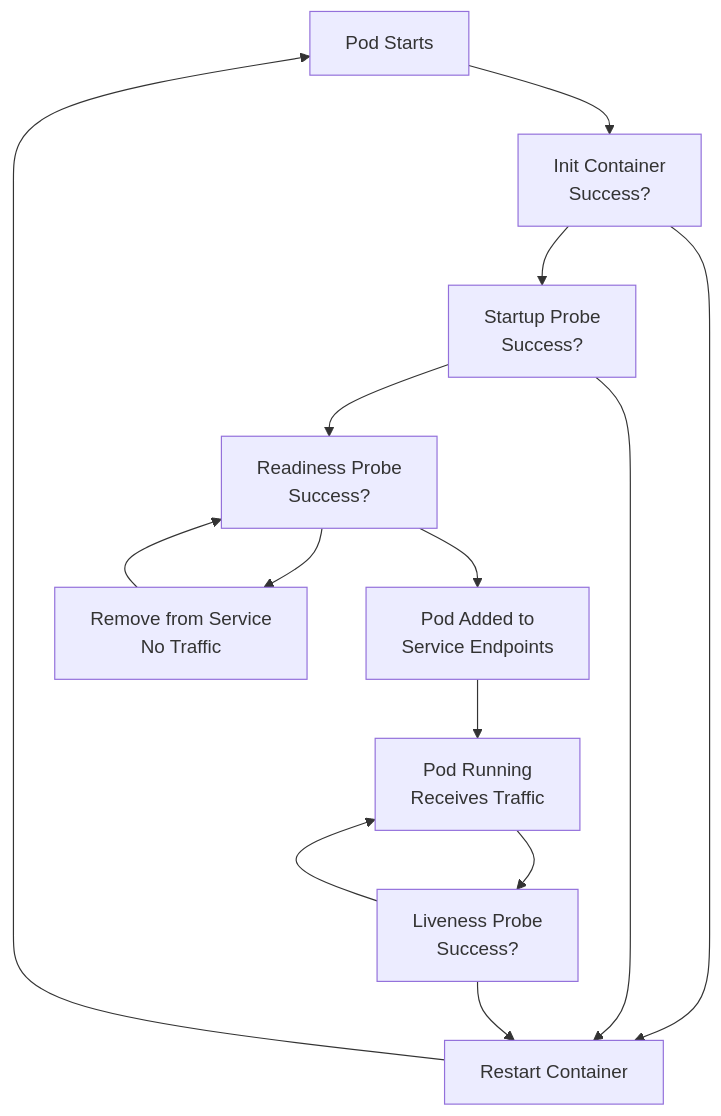
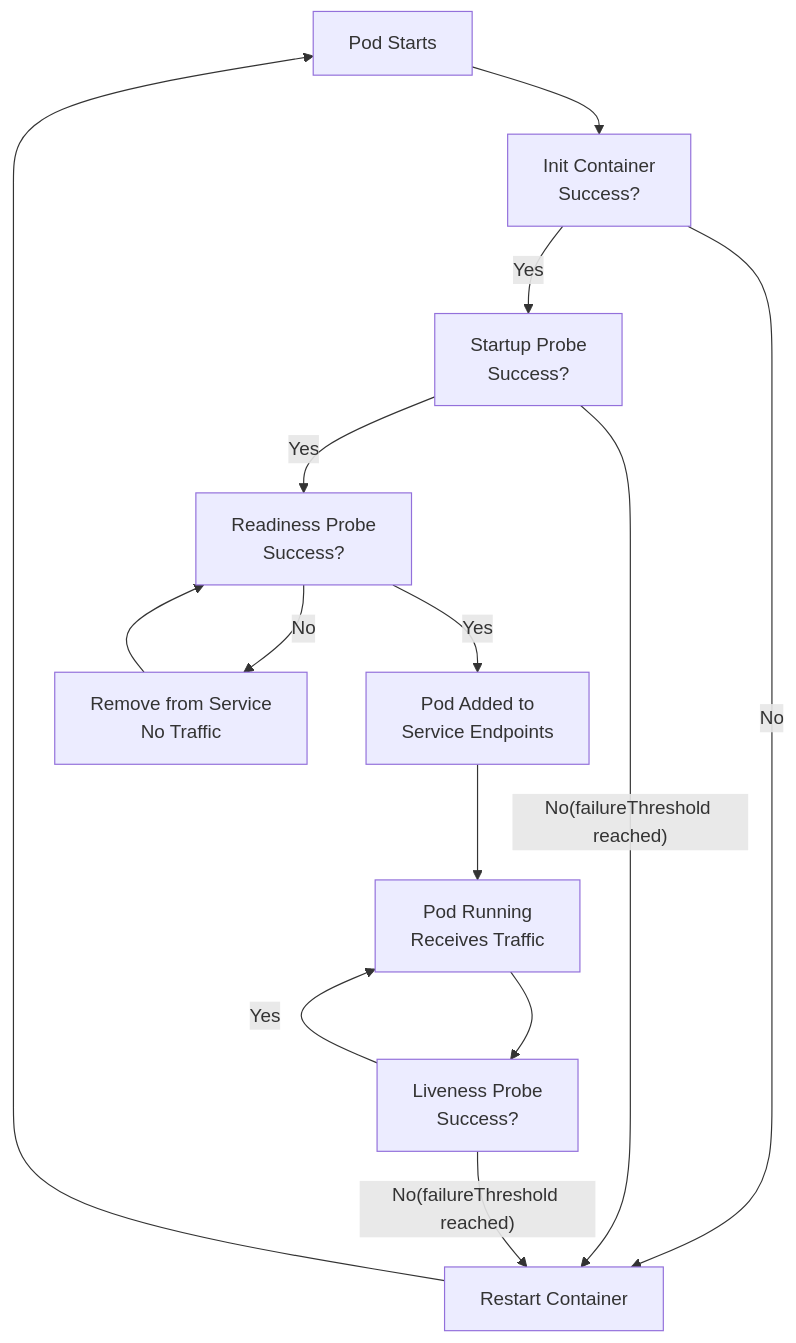
The fourth of 4 diagrams in docs/hyperdxio-helm-charts-docs/Health-Checks-and-Monitoring.md (openchoreo/openchoreo), drawn with Mermaid before and after one commit. The commit also changed other lines of this file and 85 other files, not shown here.

Commit message:
feat: Add new workflow and specification templates, update Helm chart dependencies, and clarify documentation diagrams.

````diff
--- a/docs/hyperdxio-helm-charts-docs/Health-Checks-and-Monitoring.md
+++ b/docs/hyperdxio-helm-charts-docs/Health-Checks-and-Monitoring.md
@@ -618,27 +618,27 @@
 ```mermaid
 flowchart TD
 
 PodStart["Pod Starts"]
 InitCheck["Init Container<br>Success?"]
 StartupCheck["Startup Probe<br>Success?"]
 ReadinessCheck["Readiness Probe<br>Success?"]
 LivenessCheck["Liveness Probe<br>Success?"]
 ServiceRouting["Pod Added to<br>Service Endpoints"]
 PodRunning["Pod Running<br>Receives Traffic"]
 RestartContainer["Restart Container"]
 RemoveFromService["Remove from Service<br>No Traffic"]
 
 PodStart --> InitCheck
-InitCheck --> RestartContainer
-InitCheck --> StartupCheck
-StartupCheck --> RestartContainer
-StartupCheck --> ReadinessCheck
-ReadinessCheck --> RemoveFromService
-ReadinessCheck --> ServiceRouting
+InitCheck -->|"No"| RestartContainer
+InitCheck -->|"Yes"| StartupCheck
+StartupCheck -->|"No(failureThreshold reached)"| RestartContainer
+StartupCheck -->|"Yes"| ReadinessCheck
+ReadinessCheck -->|"No"| RemoveFromService
+ReadinessCheck -->|"Yes"| ServiceRouting
 ServiceRouting --> PodRunning
 PodRunning --> LivenessCheck
-LivenessCheck --> RestartContainer
-LivenessCheck --> PodRunning
+LivenessCheck -->|"No(failureThreshold reached)"| RestartContainer
+LivenessCheck -->|"Yes"| PodRunning
 RemoveFromService --> ReadinessCheck
 RestartContainer --> PodStart
 ```
````
